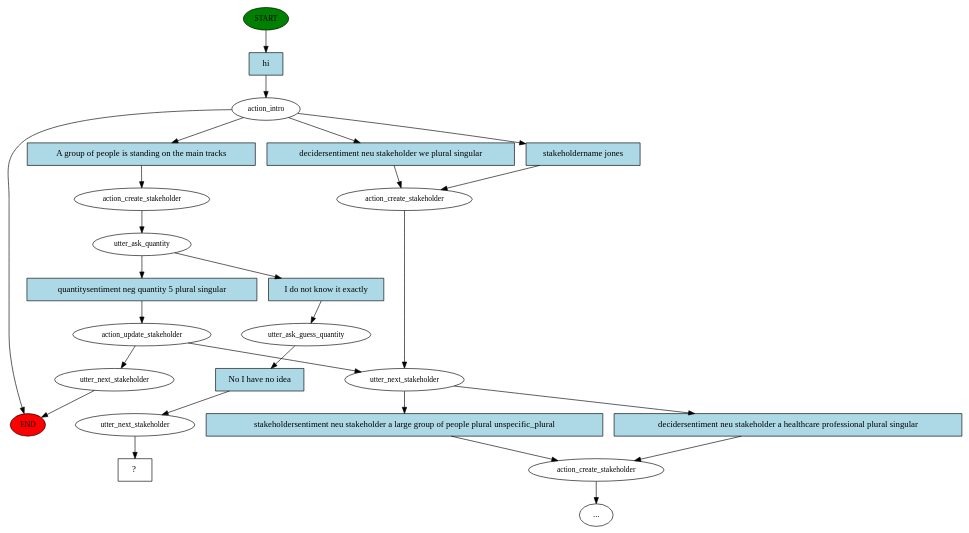
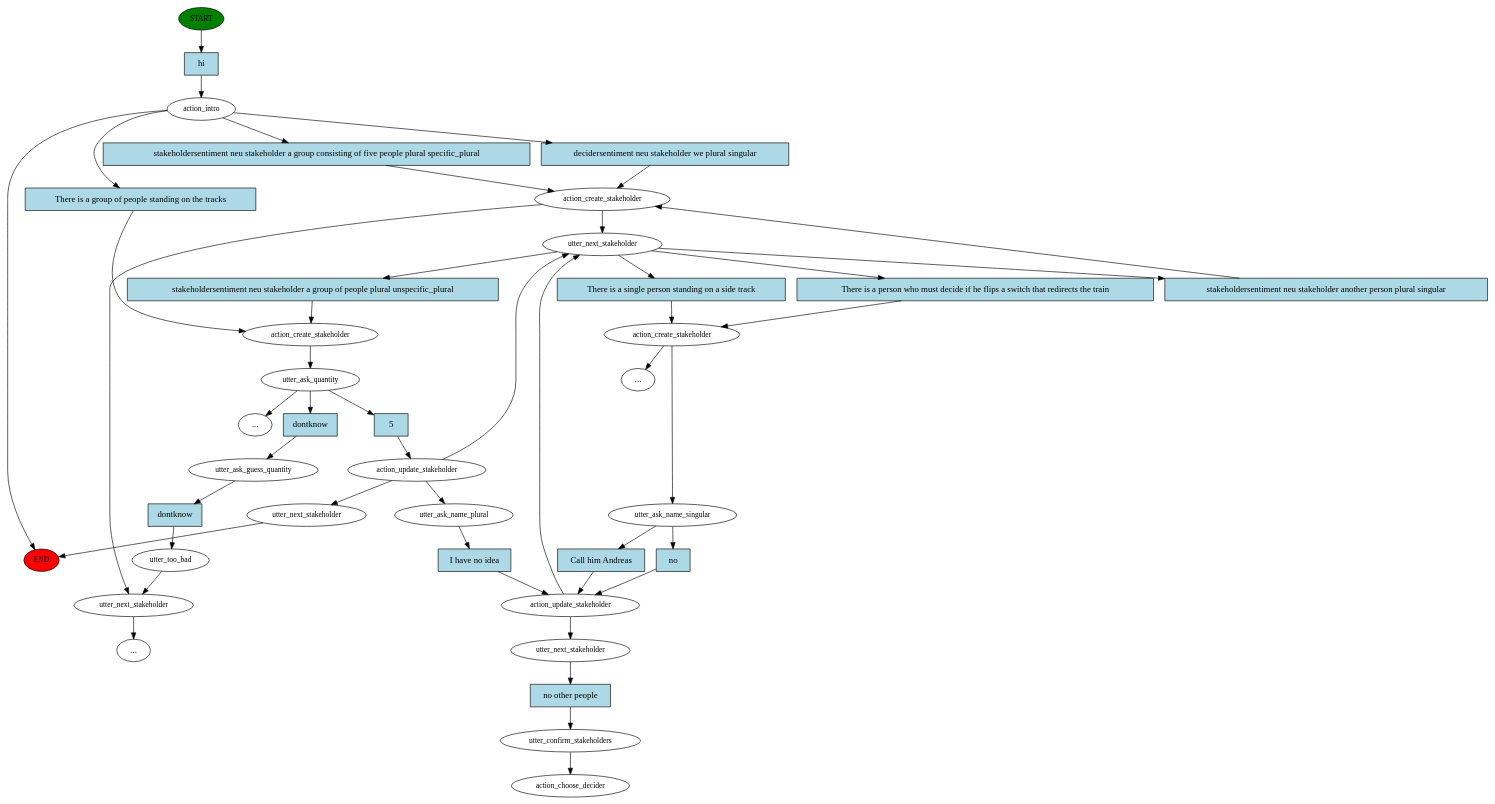
Before and after one commit to AlexRmlt/ethicbot-rasa: the diagram in story_graph.dot, drawn with Graphviz. The commit also changed 17 other files, not shown here.

```diff
--- a/story_graph.dot
+++ b/story_graph.dot
@@ -1,51 +1,85 @@
 digraph  {
 0 [class="start active", fillcolor=green, fontsize=12, label=START, style=filled];
 "-1" [class=end, fillcolor=red, fontsize=12, label=END, style=filled];
 1 [class=active, fontsize=12, label=action_intro];
-2 [class="", fontsize=12, label=action_create_stakeholder];
-3 [class="", fontsize=12, label=utter_next_stakeholder];
-4 [class="", fontsize=12, label=action_create_stakeholder];
-14 [class=active, fontsize=12, label=action_create_stakeholder];
-15 [class=active, fontsize=12, label=utter_ask_quantity];
-16 [class="", fontsize=12, label=action_update_stakeholder];
-90 [class="", fontsize=12, label=utter_next_stakeholder];
+3 [class="", fontsize=12, label=action_create_stakeholder];
+4 [class=active, fontsize=12, label=utter_next_stakeholder];
+5 [class=active, fontsize=12, label=action_create_stakeholder];
+19 [class=active, fontsize=12, label=action_create_stakeholder];
+20 [class=active, fontsize=12, label=utter_ask_quantity];
+21 [class=active, fontsize=12, label=action_update_stakeholder];
+24 [class="", fontsize=12, label=utter_next_stakeholder];
+"-21" [class=ellipsis, label="..."];
+99 [class="", fontsize=12, label=utter_ask_guess_quantity];
+100 [class="", fontsize=12, label=utter_too_bad];
+107 [class="", fontsize=12, label=utter_next_stakeholder];
 "-37" [class=ellipsis, label="..."];
-178 [class=active, fontsize=12, label=utter_ask_guess_quantity];
-179 [class=active, fontsize=12, label=utter_next_stakeholder];
-180 [class="intent dashed active", label="  ?  ", shape=rect];
-181 [class="intent active", fillcolor=lightblue, label=hi, shape=rect, style=filled];
-182 [class=intent, fillcolor=lightblue, label="decidersentiment neu stakeholder we plural singular", shape=rect, style=filled];
-183 [class=intent, fillcolor=lightblue, label="stakeholdername jones", shape=rect, style=filled];
-184 [class="intent active", fillcolor=lightblue, label="A group of people is standing on the main tracks", shape=rect, style=filled];
-185 [class=intent, fillcolor=lightblue, label="stakeholdersentiment neu stakeholder a large group of people plural unspecific_plural", shape=rect, style=filled];
-186 [class=intent, fillcolor=lightblue, label="decidersentiment neu stakeholder a healthcare professional plural singular", shape=rect, style=filled];
-187 [class=intent, fillcolor=lightblue, label="quantitysentiment neg quantity 5 plural singular", shape=rect, style=filled];
-188 [class="intent active", fillcolor=lightblue, label="I do not know it exactly", shape=rect, style=filled];
-189 [class="intent active", fillcolor=lightblue, label="No I have no idea", shape=rect, style=filled];
-0 -> 181  [class=active, key=0];
+"-38" [class=ellipsis, label="..."];
+196 [class=active, fontsize=12, label=utter_ask_name_plural];
+197 [class=active, fontsize=12, label=action_update_stakeholder];
+200 [class=active, fontsize=12, label=utter_ask_name_singular];
+206 [class=active, fontsize=12, label=utter_next_stakeholder];
+207 [class=active, fontsize=12, label=utter_confirm_stakeholders];
+208 [class="dashed active", fontsize=12, label=action_choose_decider];
+209 [class="intent active", fillcolor=lightblue, label=hi, shape=rect, style=filled];
+210 [class=intent, fillcolor=lightblue, label="stakeholdersentiment neu stakeholder a group consisting of five people plural specific_plural", shape=rect, style=filled];
+211 [class=intent, fillcolor=lightblue, label="decidersentiment neu stakeholder we plural singular", shape=rect, style=filled];
+212 [class="intent active", fillcolor=lightblue, label="There is a group of people standing on the tracks", shape=rect, style=filled];
+213 [class="intent active", fillcolor=lightblue, label="There is a single person standing on a side track", shape=rect, style=filled];
+214 [class="intent active", fillcolor=lightblue, label="There is a person who must decide if he flips a switch that redirects the train", shape=rect, style=filled];
+215 [class=intent, fillcolor=lightblue, label="stakeholdersentiment neu stakeholder another person plural singular", shape=rect, style=filled];
+216 [class=intent, fillcolor=lightblue, label="stakeholdersentiment neu stakeholder a group of people plural unspecific_plural", shape=rect, style=filled];
+217 [class="intent active", fillcolor=lightblue, label=5, shape=rect, style=filled];
+218 [class=intent, fillcolor=lightblue, label=dontknow, shape=rect, style=filled];
+219 [class=intent, fillcolor=lightblue, label=dontknow, shape=rect, style=filled];
+220 [class="intent active", fillcolor=lightblue, label="I have no idea", shape=rect, style=filled];
+221 [class="intent active", fillcolor=lightblue, label="Call him Andreas", shape=rect, style=filled];
+222 [class="intent active", fillcolor=lightblue, label=no, shape=rect, style=filled];
+223 [class="intent active", fillcolor=lightblue, label="no other people", shape=rect, style=filled];
+0 -> 209  [class=active, key=0];
 1 -> "-1"  [class="", key=NONE, label=""];
-1 -> 182  [class="", key=0];
-1 -> 183  [class="", key=0];
-1 -> 184  [class=active, key=0];
-2 -> 3  [class="", key=NONE, label=""];
-3 -> 185  [class="", key=0];
-3 -> 186  [class="", key=0];
-4 -> "-37"  [class="", key=NONE, label=""];
-14 -> 15  [class=active, key=NONE, label=""];
-15 -> 187  [class="", key=0];
-15 -> 188  [class=active, key=0];
-16 -> 3  [class="", key=NONE, label=""];
-16 -> 90  [class="", key=NONE, label=""];
-90 -> "-1"  [class="", key=NONE, label=""];
-178 -> 189  [class=active, key=0];
-179 -> 180  [class=active, key=NONE, label=""];
-181 -> 1  [class=active, key=0];
-182 -> 2  [class="", key=0];
-183 -> 2  [class="", key=0];
-184 -> 14  [class=active, key=0];
-185 -> 4  [class="", key=0];
-186 -> 4  [class="", key=0];
-187 -> 16  [class="", key=0];
-188 -> 178  [class=active, key=0];
-189 -> 179  [class=active, key=0];
+1 -> 210  [class="", key=0];
+1 -> 211  [class="", key=0];
+1 -> 212  [class=active, key=0];
+3 -> 4  [class="", key=NONE, label=""];
+3 -> 24  [class="", key=NONE, label=""];
+4 -> 213  [class=active, key=0];
+4 -> 214  [class=active, key=0];
+4 -> 215  [class="", key=0];
+4 -> 216  [class="", key=0];
+5 -> "-38"  [class="", key=NONE, label=""];
+5 -> 200  [class=active, key=NONE, label=""];
+19 -> 20  [class=active, key=NONE, label=""];
+20 -> "-21"  [class="", key=NONE, label=""];
+20 -> 217  [class=active, key=0];
+20 -> 218  [class="", key=0];
+21 -> 4  [class="", key=NONE, label=""];
+21 -> 107  [class="", key=NONE, label=""];
+21 -> 196  [class=active, key=NONE, label=""];
+24 -> "-37"  [class="", key=NONE, label=""];
+99 -> 219  [class="", key=0];
+100 -> 24  [class="", key=NONE, label=""];
+107 -> "-1"  [class="", key=NONE, label=""];
+196 -> 220  [class=active, key=0];
+197 -> 4  [class=active, key=NONE, label=""];
+197 -> 206  [class=active, key=NONE, label=""];
+200 -> 221  [class=active, key=0];
+200 -> 222  [class=active, key=0];
+206 -> 223  [class=active, key=0];
+207 -> 208  [class=active, key=NONE, label=""];
+209 -> 1  [class=active, key=0];
+210 -> 3  [class="", key=0];
+211 -> 3  [class="", key=0];
+212 -> 19  [class=active, key=0];
+213 -> 5  [class=active, key=0];
+214 -> 5  [class=active, key=0];
+215 -> 3  [class="", key=0];
+216 -> 19  [class="", key=0];
+217 -> 21  [class=active, key=0];
+218 -> 99  [class="", key=0];
+219 -> 100  [class="", key=0];
+220 -> 197  [class=active, key=0];
+221 -> 197  [class=active, key=0];
+222 -> 197  [class=active, key=0];
+223 -> 207  [class=active, key=0];
 }
```
